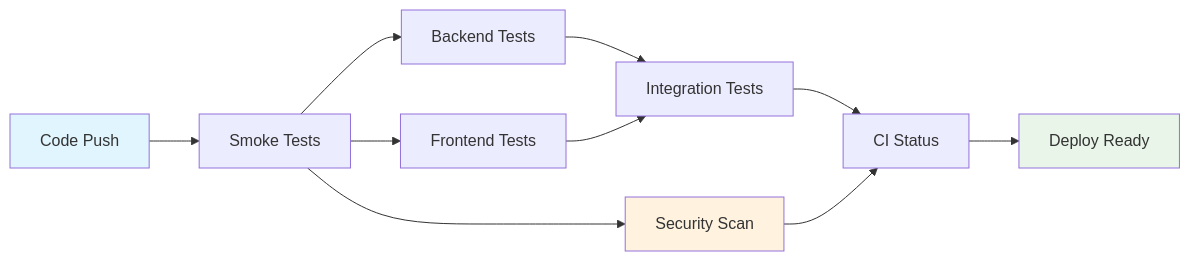
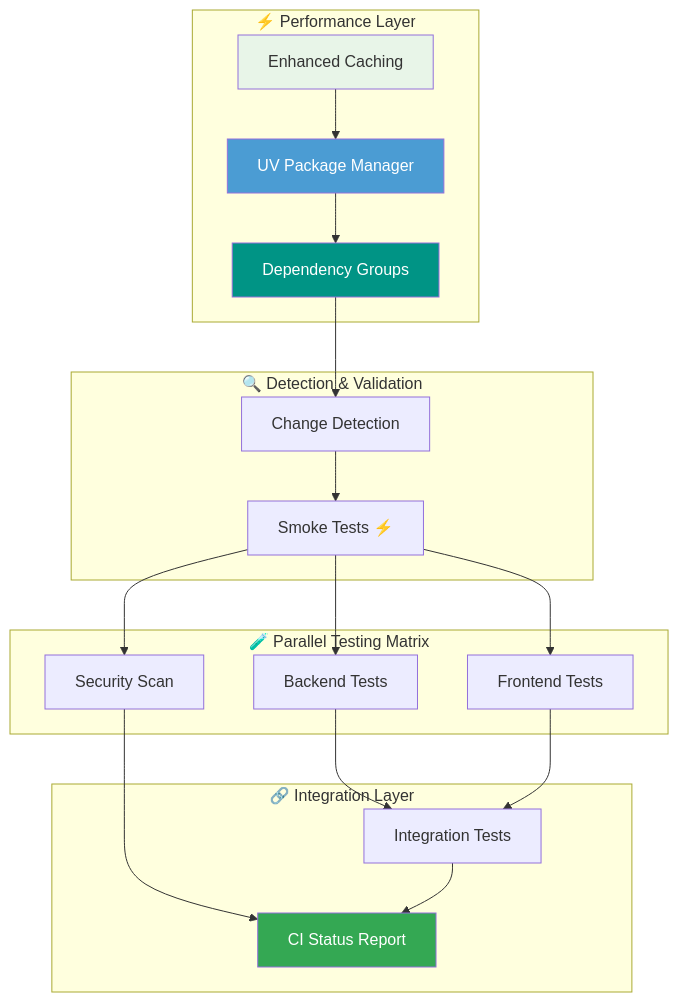
One commit to NickB03/vana changed the fourth of 4 diagrams in README.md. Above: the diagram before and after it, drawn with Mermaid. The commit also changed other lines of this file and 8 other files, not shown here.

````diff
--- a/README.md
+++ b/README.md
@@ -791,16 +804,41 @@
 ```mermaid
-graph LR
-    A[Code Push] --> B[Smoke Tests]
-    B --> C[Backend Tests]
-    B --> D[Frontend Tests]
-    C --> E[Integration Tests]
-    D --> E
-    B --> F[Security Scan]
-    E --> G[CI Status]
-    F --> G
-    G --> H[Deploy Ready]
+graph TB
+    subgraph "⚡ Performance Layer"
+        CACHE[Enhanced Caching]
+        UV[UV Package Manager]
+        GROUPS[Dependency Groups]
+    end
     
-    style A fill:#e1f5fe
-    style H fill:#e8f5e8
-    style F fill:#fff3e0
+    subgraph "🔍 Detection & Validation"
+        DETECT[Change Detection]
+        SMOKE[Smoke Tests ⚡]
+    end
+    
+    subgraph "🧪 Parallel Testing Matrix"
+        BACKEND[Backend Tests]
+        FRONTEND[Frontend Tests]
+        SECURITY[Security Scan]
+    end
+    
+    subgraph "🔗 Integration Layer"
+        INTEGRATION[Integration Tests]
+        STATUS[CI Status Report]
+    end
+    
+    CACHE --> UV
+    UV --> GROUPS
+    GROUPS --> DETECT
+    DETECT --> SMOKE
+    SMOKE --> BACKEND
+    SMOKE --> FRONTEND
+    SMOKE --> SECURITY
+    BACKEND --> INTEGRATION
+    FRONTEND --> INTEGRATION
+    SECURITY --> STATUS
+    INTEGRATION --> STATUS
+    
+    style CACHE fill:#e8f5e8
+    style UV fill:#4B9CD3,color:#fff
+    style GROUPS fill:#009485,color:#fff
+    style STATUS fill:#34A853,color:#fff
 ```
````
